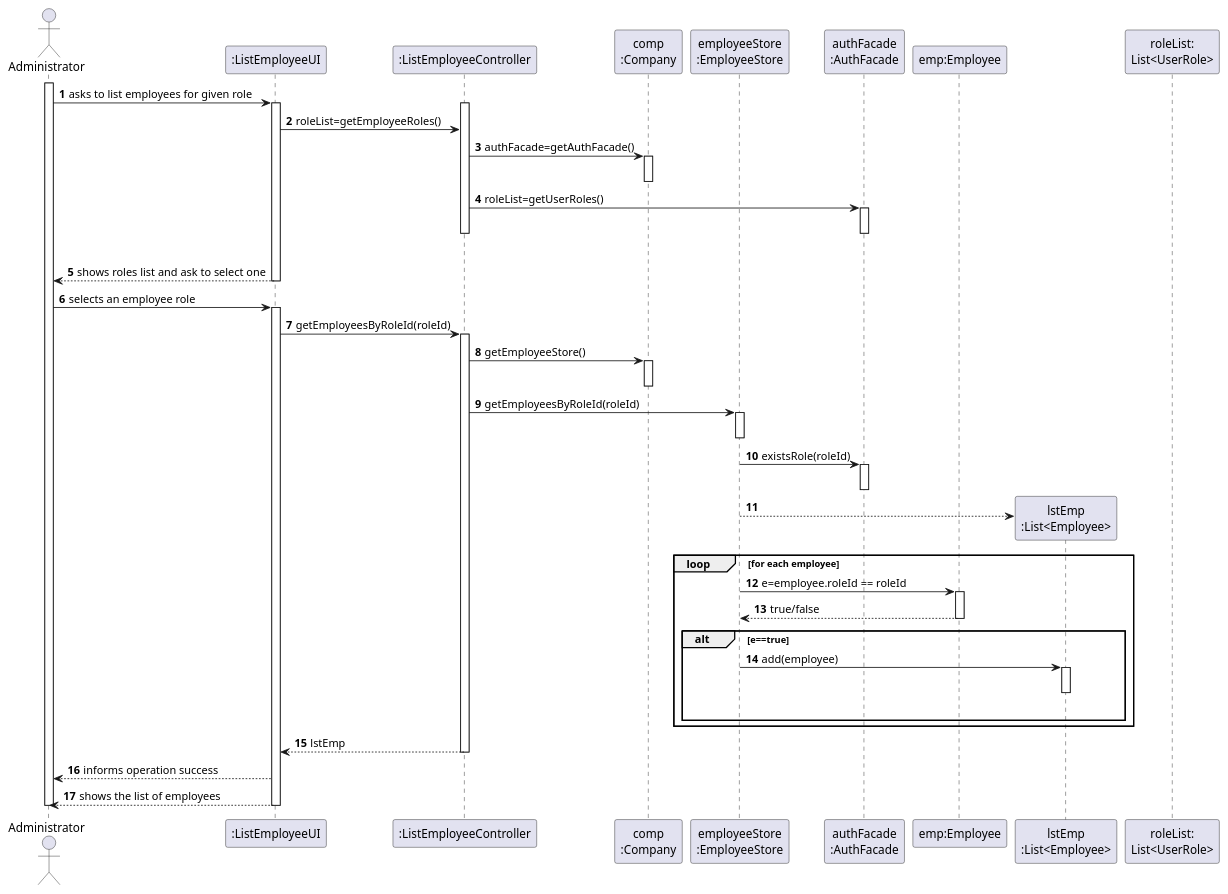
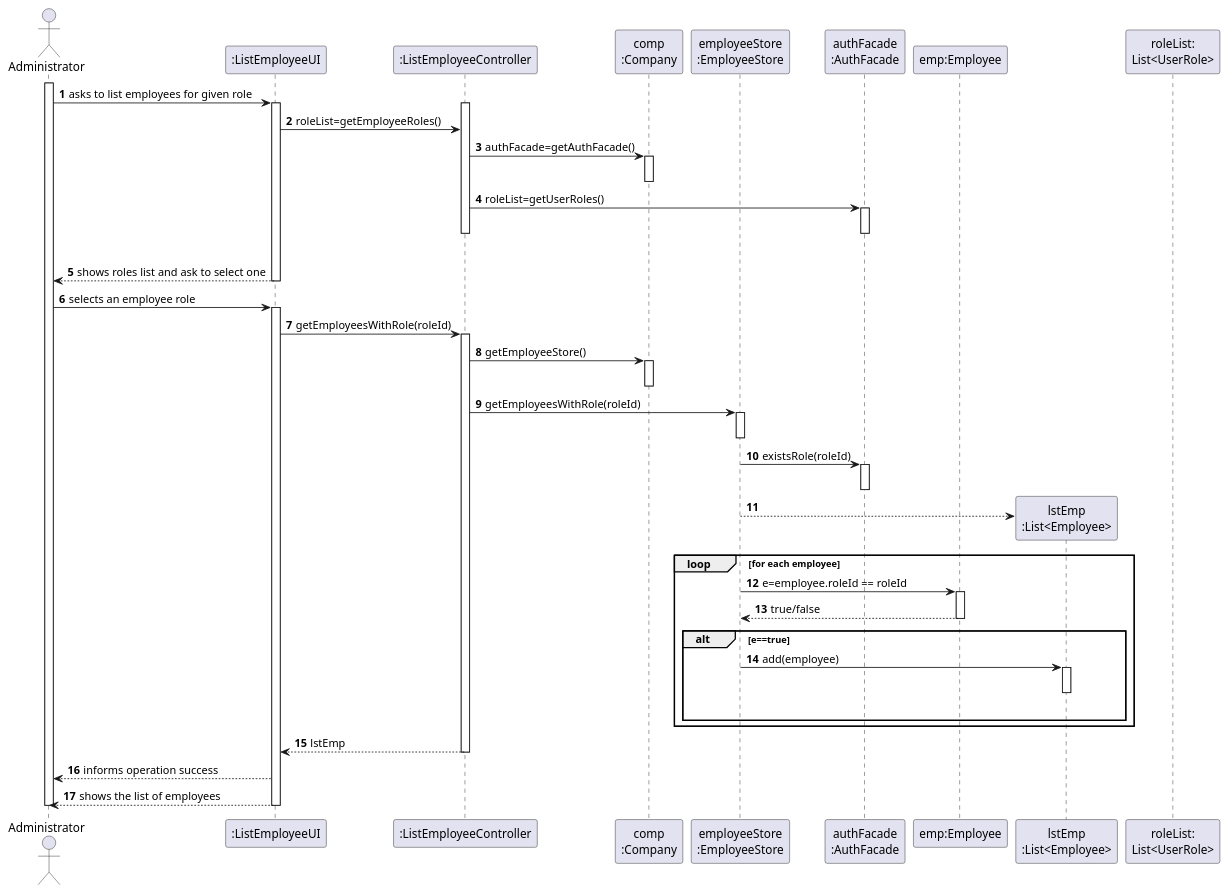
One commit to miseEnPlace-i/lapr2 changed the diagram in docs/SprintB/US11/SD/US11_SD.puml. Above: the diagram before and after it, drawn with PlantUML. The commit also changed 6 other files, not shown here.

```diff
--- a/docs/SprintB/US11/SD/US11_SD.puml
+++ b/docs/SprintB/US11/SD/US11_SD.puml
@@ -1,76 +1,76 @@
 @startuml
 autonumber
 'hide footbox
 actor "Administrator" as ADM
 
 participant ":ListEmployeeUI" as UI
 participant ":ListEmployeeController" as CTRL
 participant "comp\n:Company" as COMP
 participant "employeeStore\n:EmployeeStore" as EMPS
 participant "authFacade\n:AuthFacade" as AUTH
 participant "emp:Employee" as EMP
 
 activate ADM
 ADM -> UI : asks to list employees for given role
 activate UI
 activate CTRL
 UI -> CTRL : roleList=getEmployeeRoles()
 CTRL -> COMP : authFacade=getAuthFacade()
 activate COMP
 deactivate COMP
 
 CTRL -> AUTH : roleList=getUserRoles()
 activate AUTH
 |||
 deactivate AUTH
 deactivate CTRL
 
 UI --> ADM : shows roles list and ask to select one
 deactivate UI
 
 ADM -> UI : selects an employee role
 activate UI
 
-UI -> CTRL : getEmployeesByRoleId(roleId)
+UI -> CTRL : getEmployeesWithRole(roleId)
 activate CTRL
 
 CTRL -> COMP: getEmployeeStore()
 activate COMP
 deactivate COMP
-CTRL -> EMPS: getEmployeesByRoleId(roleId)
+CTRL -> EMPS: getEmployeesWithRole(roleId)
 activate EMPS
 deactivate EMPS
 EMPS -> AUTH: existsRole(roleId)
 activate AUTH
 deactivate AUTH
 create "lstEmp\n:List<Employee>" as LST
 EMPS --> LST
 
 loop for each employee
     EMPS -> EMP: e=employee.roleId == roleId
   activate EMP
     EMP --> EMPS: true/false
   deactivate EMP
     alt e==true
         EMPS -> LST: add(employee)
       activate LST
     |||
     deactivate LST
     end
 end
 
 CTRL --> UI: lstEmp
 
 deactivate COMP
 deactivate CTRL
 UI --> ADM : informs operation success
 UI --> ADM: shows the list of employees
 deactivate UI
 
 deactivate UI
 deactivate CTRL
 deactivate ADM
 
 participant "roleList:\nList<UserRole>"
 
 @enduml
```
